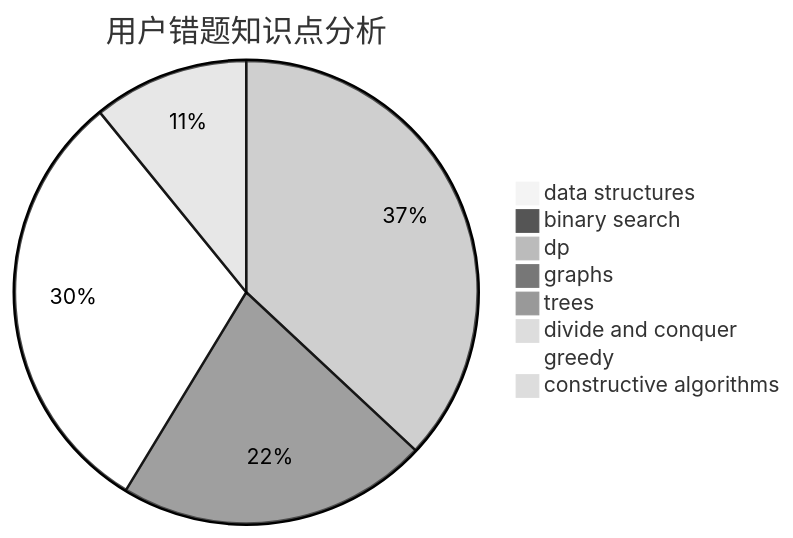
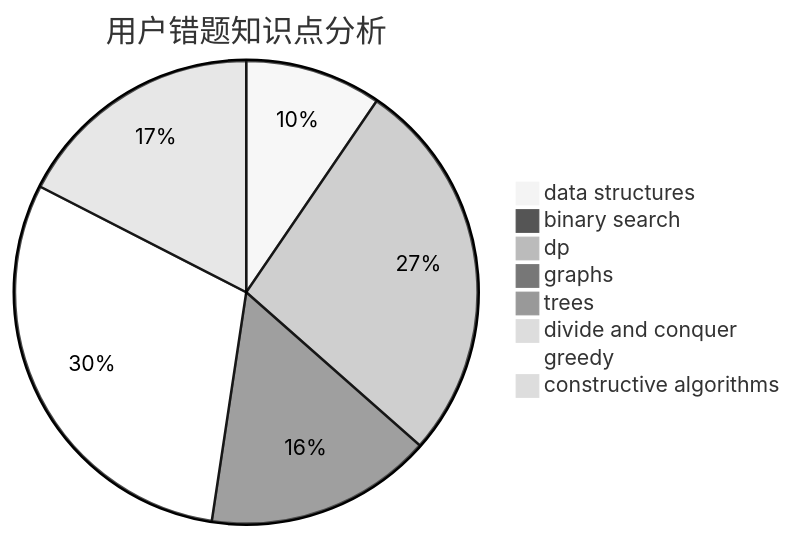
Before and after one commit to sherpahu/cfrs.github.io: the third of 3 diagrams in docs/user/u2700.md, drawn with Mermaid (neutral theme). The commit also changed other lines of this file and 2770 other files, not shown here.

````diff
--- a/docs/user/u2700.md
+++ b/docs/user/u2700.md
@@ -36,11 +36,11 @@
 ```mermaid
 pie title 用户错题知识点分析
-    "data structures" :  0
+    "data structures" :  6
     "binary search" :  0
     "dp" :  17
     "graphs" :  10
     "trees" :  0
     "divide and conquer" :  0
-    "greedy" :  14
-    "constructive algorithms" :  5
+    "greedy" :  19
+    "constructive algorithms" :  11
 ```
````
